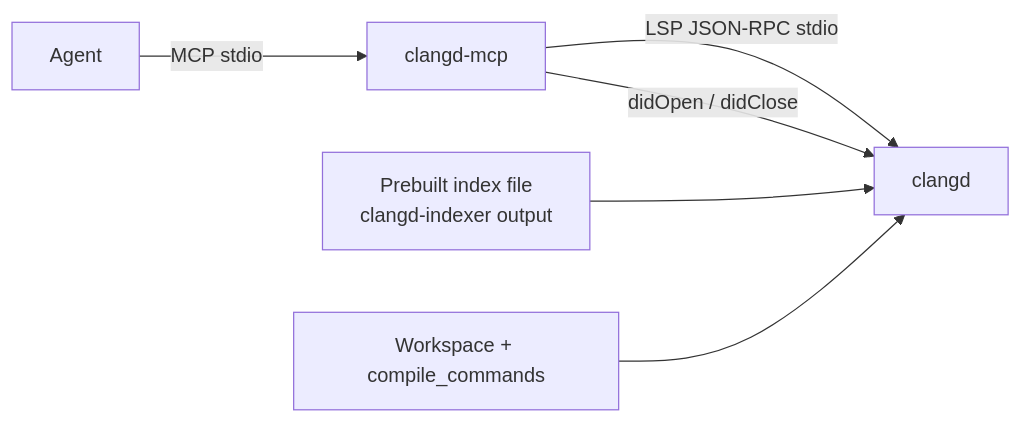
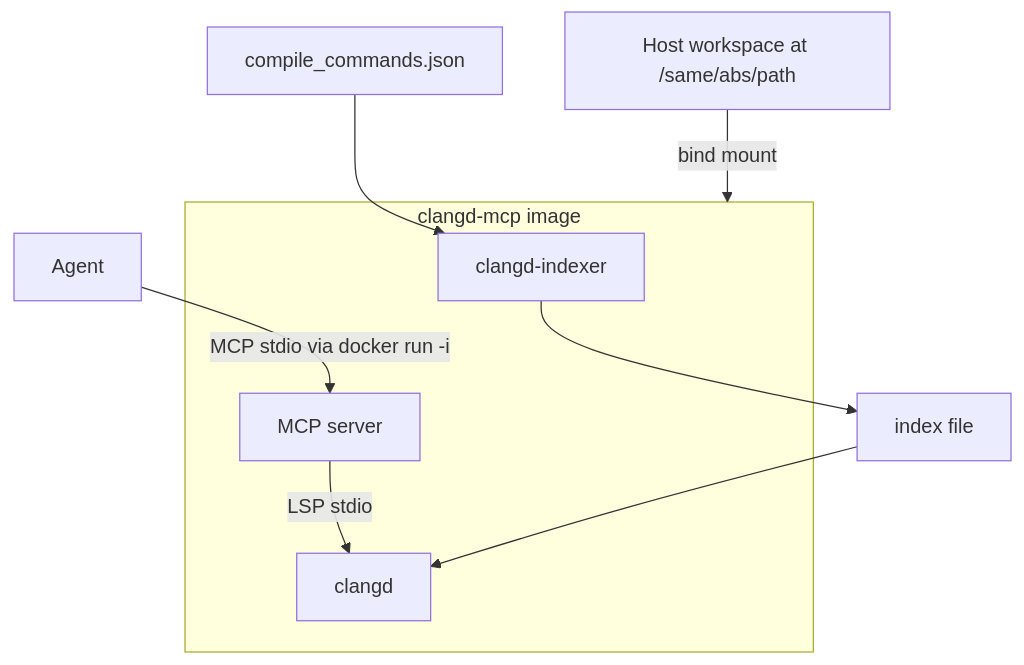
One commit to pkp124/clangd-mcp changed the diagram in PLAN.md. Above: the diagram before and after it, drawn with Mermaid. The commit also changed other lines of this file, not shown here.

First line of the commit message:
Plan the MCP as a container that ships clangd and builds indexes.

````diff
--- a/PLAN.md
+++ b/PLAN.md
@@ -89,8 +87,14 @@
 ```mermaid
-flowchart LR
-  Agent["Agent"] -->|"MCP stdio"| MCP["clangd-mcp"]
-  MCP -->|"LSP JSON-RPC stdio"| Clangd["clangd"]
-  Index["Prebuilt index file<br/>clangd-indexer output"] --> Clangd
-  WS["Workspace + compile_commands"] --> Clangd
-  MCP -->|"didOpen / didClose"| Clangd
+flowchart TB
+  subgraph image["clangd-mcp image"]
+    Indexer["clangd-indexer"]
+    MCP["MCP server"]
+    Clangd["clangd"]
+    MCP -->|"LSP stdio"| Clangd
+  end
+  HostWS["Host workspace at /same/abs/path"] -->|"bind mount"| image
+  CDB["compile_commands.json"] --> Indexer
+  Indexer --> Idx["index file"]
+  Idx --> Clangd
+  Agent["Agent"] -->|"MCP stdio via docker run -i"| MCP
 ```
````
